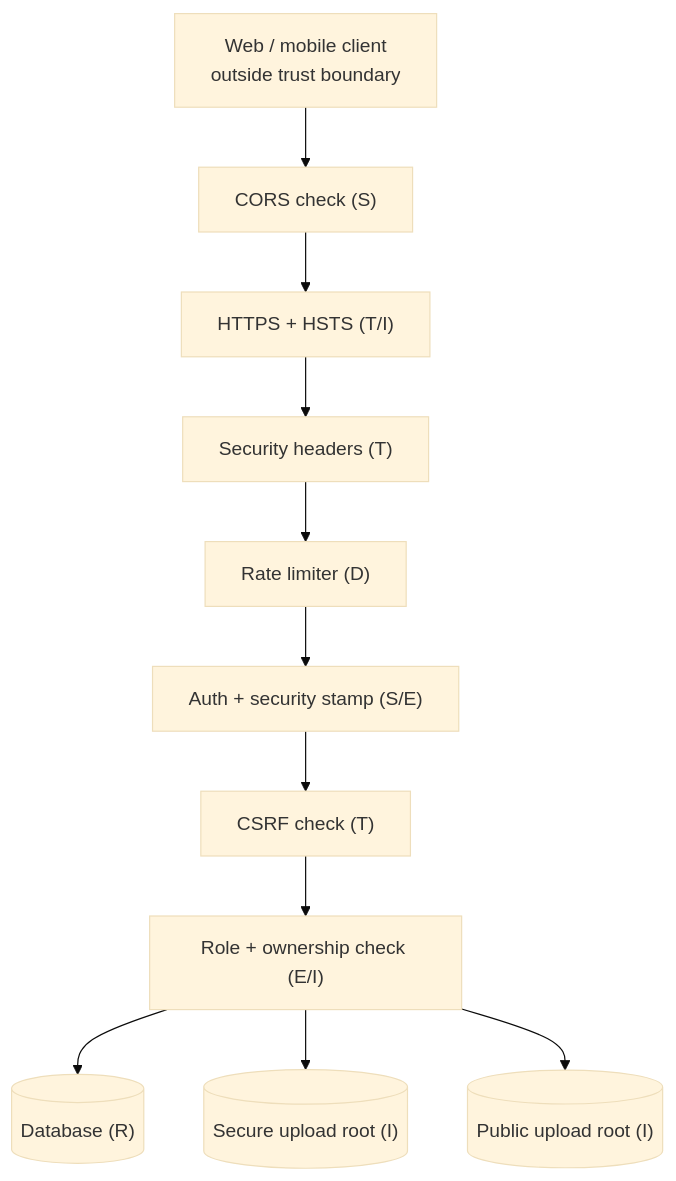
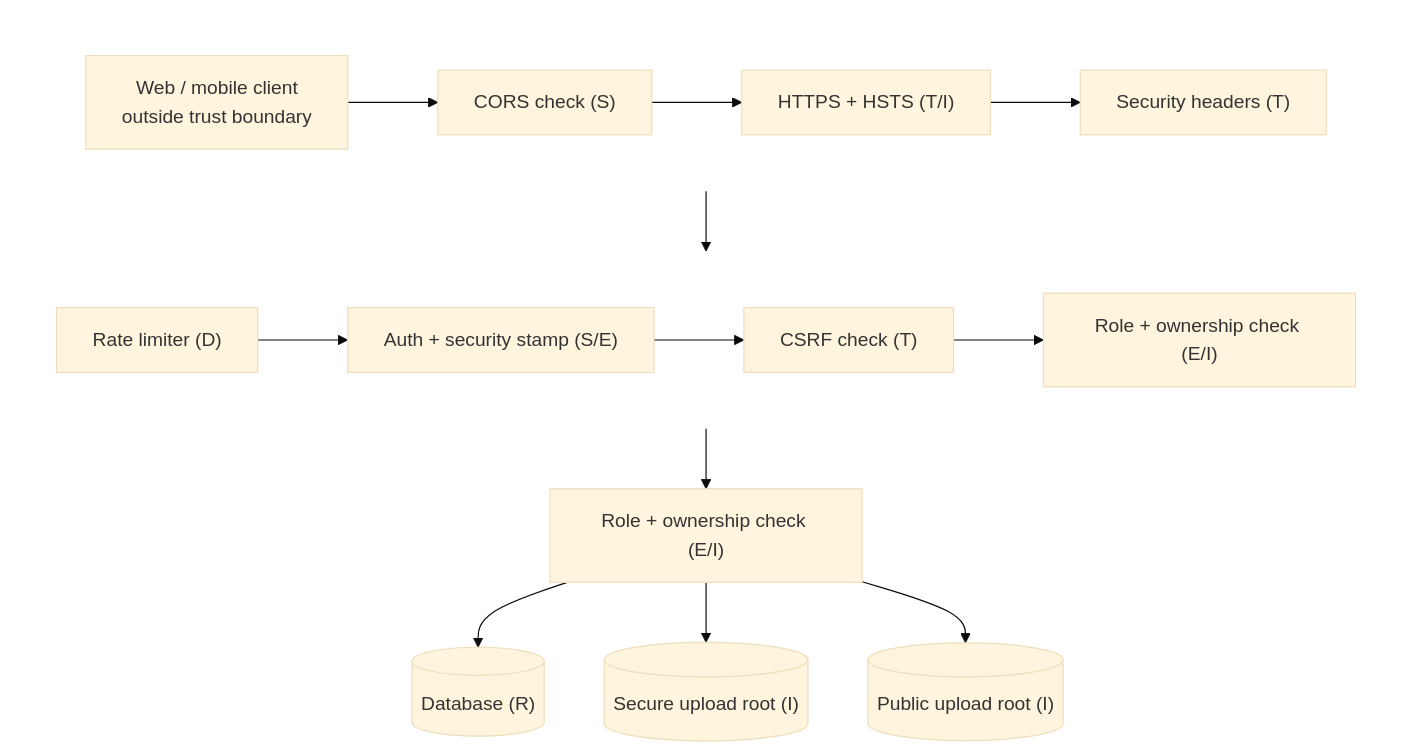
The first of 6 diagrams in docs/book/08-security.md (shalin-rahman/GHCAA), drawn with Mermaid (base theme) before and after one commit. The commit also changed other lines of this file and 42 other files, not shown here.

````diff
--- a/docs/book/08-security.md
+++ b/docs/book/08-security.md
@@ -472,19 +470,17 @@
 ```mermaid
 flowchart TB
-    CLIENT["Web / mobile client<br/>outside trust boundary"]
-    CORS["CORS check (S)"]
-    TLS["HTTPS + HSTS (T/I)"]
-    HDR["Security headers (T)"]
-    RL["Rate limiter (D)"]
-    AUTHN["Auth + security stamp (S/E)"]
-    XSRF["CSRF check (T)"]
-    AUTHZ["Role + ownership check (E/I)"]
-    DB[("Database (R)")]
-    SEC[("Secure upload root (I)")]
-    PUB[("Public upload root (I)")]
-
-    CLIENT --> CORS --> TLS --> HDR --> RL --> AUTHN --> XSRF --> AUTHZ
-    AUTHZ --> DB
-    AUTHZ --> SEC
-    AUTHZ --> PUB
+    subgraph R1[" "]
+      direction LR
+      CLIENT["Web / mobile client<br/>outside trust boundary"] --> CORS["CORS check (S)"] --> TLS["HTTPS + HSTS (T/I)"] --> HDR["Security headers (T)"]
+    end
+    subgraph R2[" "]
+      direction LR
+      RL["Rate limiter (D)"] --> AUTHN["Auth + security stamp (S/E)"] --> XSRF["CSRF check (T)"] --> AUTHZ["Role + ownership check (E/I)"]
+    end
+    R1 --> R2 --> AUTHZ2["Role + ownership check (E/I)"]
+    AUTHZ2 --> DB[("Database (R)")]
+    AUTHZ2 --> SEC[("Secure upload root (I)")]
+    AUTHZ2 --> PUB[("Public upload root (I)")]
+    style R1 fill:none,stroke:none
+    style R2 fill:none,stroke:none
 ```
````
